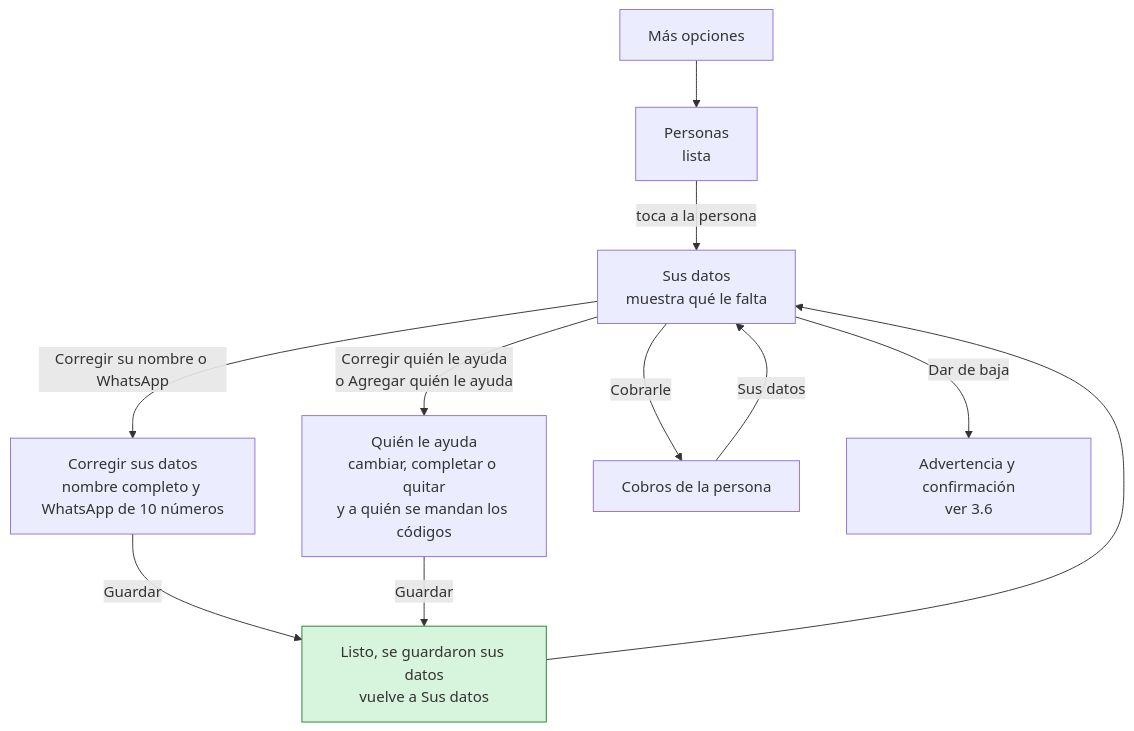
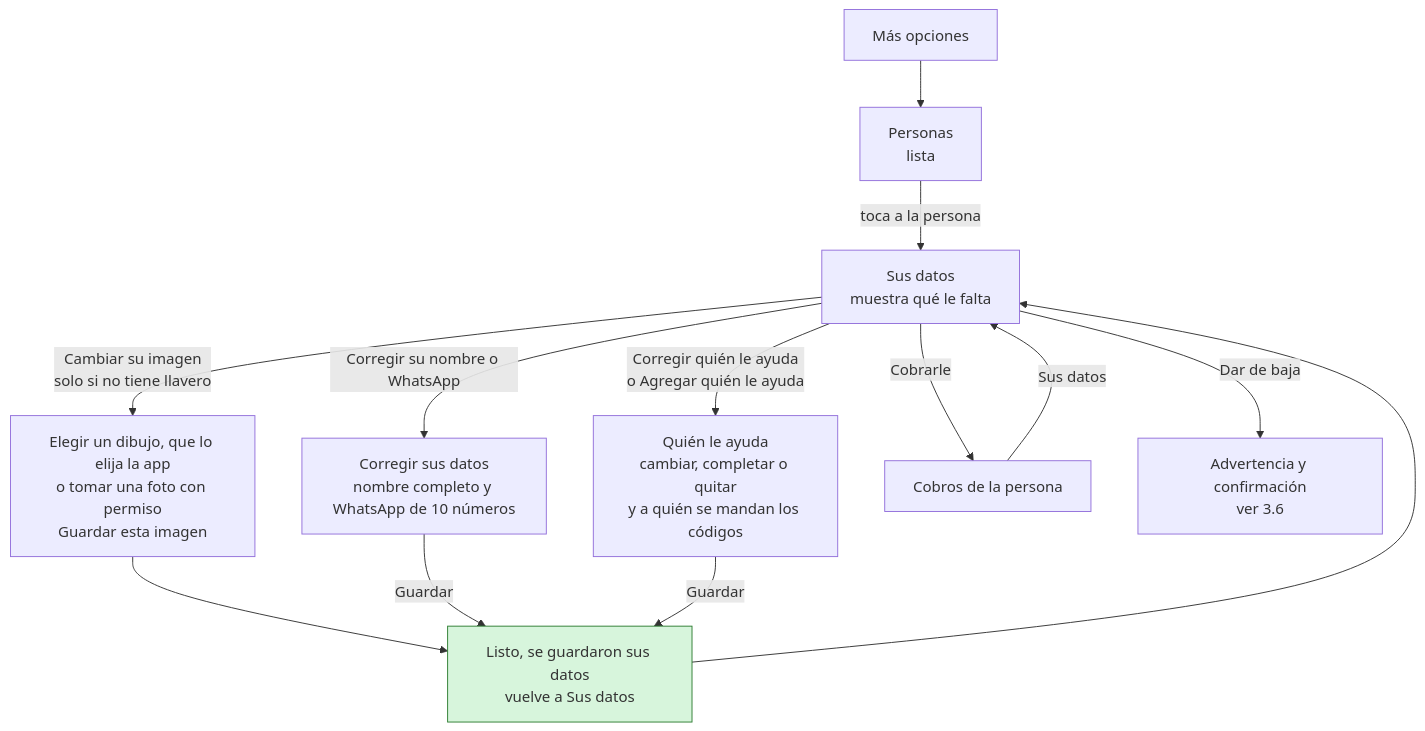
Before and after one commit to MissPili/cuentas-conmigo: diagram 13 of 15 in docs/MANUAL-FLUJOS.md, drawn with Mermaid. The commit also changed other lines of this file and 11 other files, not shown here.

First line of the commit message:
Cambiar la imagen de una persona sin llavero; pago de un código anterior se registra con lo realmente pagado

````diff
--- a/docs/MANUAL-FLUJOS.md
+++ b/docs/MANUAL-FLUJOS.md
@@ -326,14 +326,16 @@
 ```mermaid
 flowchart TD
   M["Más opciones"] --> PE["Personas<br>lista"]
   PE -->|"toca a la persona"| PD["Sus datos<br>muestra qué le falta"]
   PD -->|"Corregir su nombre o WhatsApp"| E1["Corregir sus datos<br>nombre completo y WhatsApp de 10 números"]
+  PD -->|"Cambiar su imagen<br>solo si no tiene llavero"| E3["Elegir un dibujo, que lo elija la app<br>o tomar una foto con permiso<br>Guardar esta imagen"]
+  E3 --> OK
   PD -->|"Corregir quién le ayuda<br>o Agregar quién le ayuda"| E2["Quién le ayuda<br>cambiar, completar o quitar<br>y a quién se mandan los códigos"]
   PD -->|"Cobrarle"| PC["Cobros de la persona"]
   PC -->|"Sus datos"| PD
   PD -->|"Dar de baja"| BJ["Advertencia y confirmación<br>ver 3.6"]
   E1 -->|"Guardar"| OK["Listo, se guardaron sus datos<br>vuelve a Sus datos"]
   E2 -->|"Guardar"| OK
   OK --> PD
   style OK fill:#d7f5dc,stroke:#2e7d32
 ```
````
